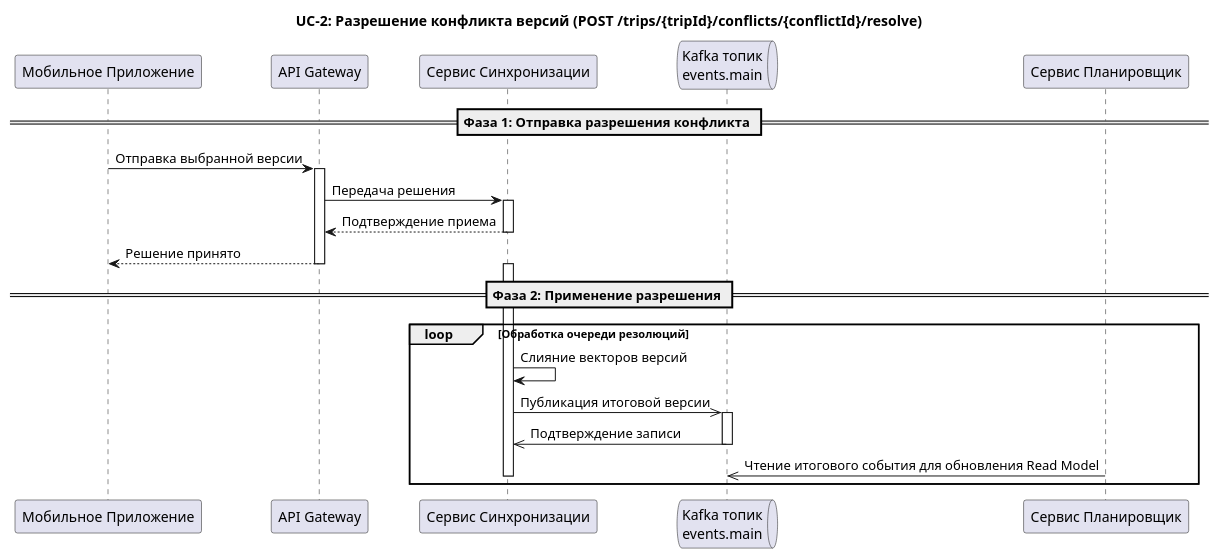
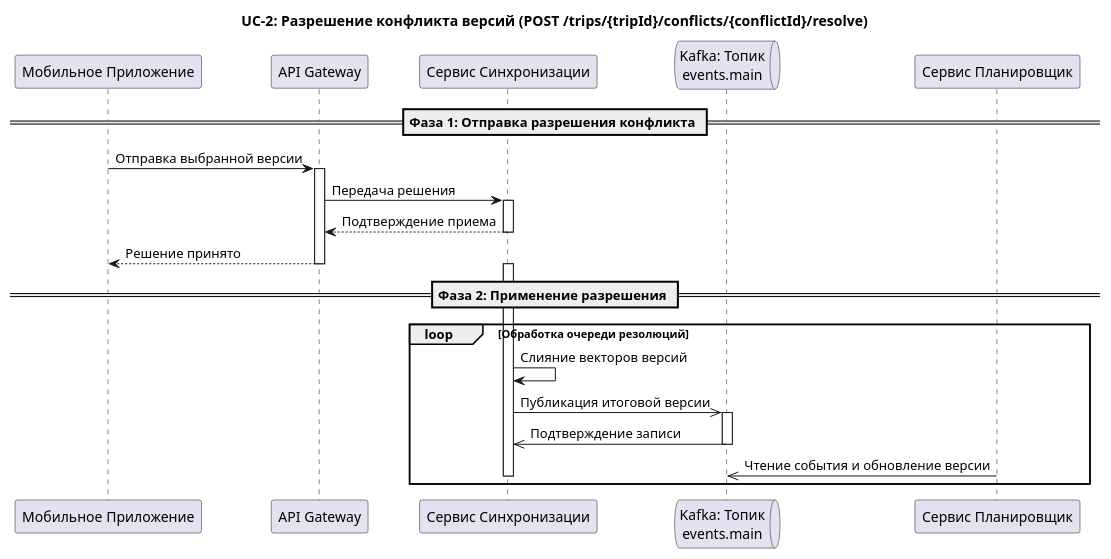
One commit to nckmlshv/Travel-Service changed the diagram in UML/Разрешение конфликта версий.md. Above: the diagram before and after it, drawn with PlantUML. The commit also changed other lines of this file, not shown here.

Commit message:
Update Разрешение конфликта версий.md

````diff
--- a/UML/Разрешение конфликта версий.md
+++ b/UML/Разрешение конфликта версий.md
@@ -2,36 +3,36 @@
 ```plantuml
 @startuml
+
 title UC-2: Разрешение конфликта версий (POST /trips/{tripId}/conflicts/{conflictId}/resolve)
 
 participant "Мобильное Приложение" as App
 participant "API Gateway" as GW
 participant "Сервис Синхронизации" as Sync
-queue "Kafka топик\nevents.main" as K_main
+queue "Kafka: Топик\nevents.main" as K_main
 participant "Сервис Планировщик" as Trip
 
 == Фаза 1: Отправка разрешения конфликта ==
 
 App -> GW: Отправка выбранной версии
 activate GW
 GW -> Sync: Передача решения
 activate Sync
 Sync --> GW: Подтверждение приема
 deactivate Sync
 GW --> App: Решение принято
 deactivate GW
 
 == Фаза 2: Применение разрешения ==
 
 loop Обработка очереди резолюций
     activate Sync
     Sync -> Sync: Слияние векторов версий
     Sync ->> K_main: Публикация итоговой версии
     activate K_main
     Sync <<- K_main: Подтверждение записи
     deactivate K_main
-    Trip ->> K_main: Чтение итогового события для обновления Read Model
+    Trip ->> K_main: Чтение события и обновление версии
     deactivate Sync
 end
-
 @enduml
 ```
````
